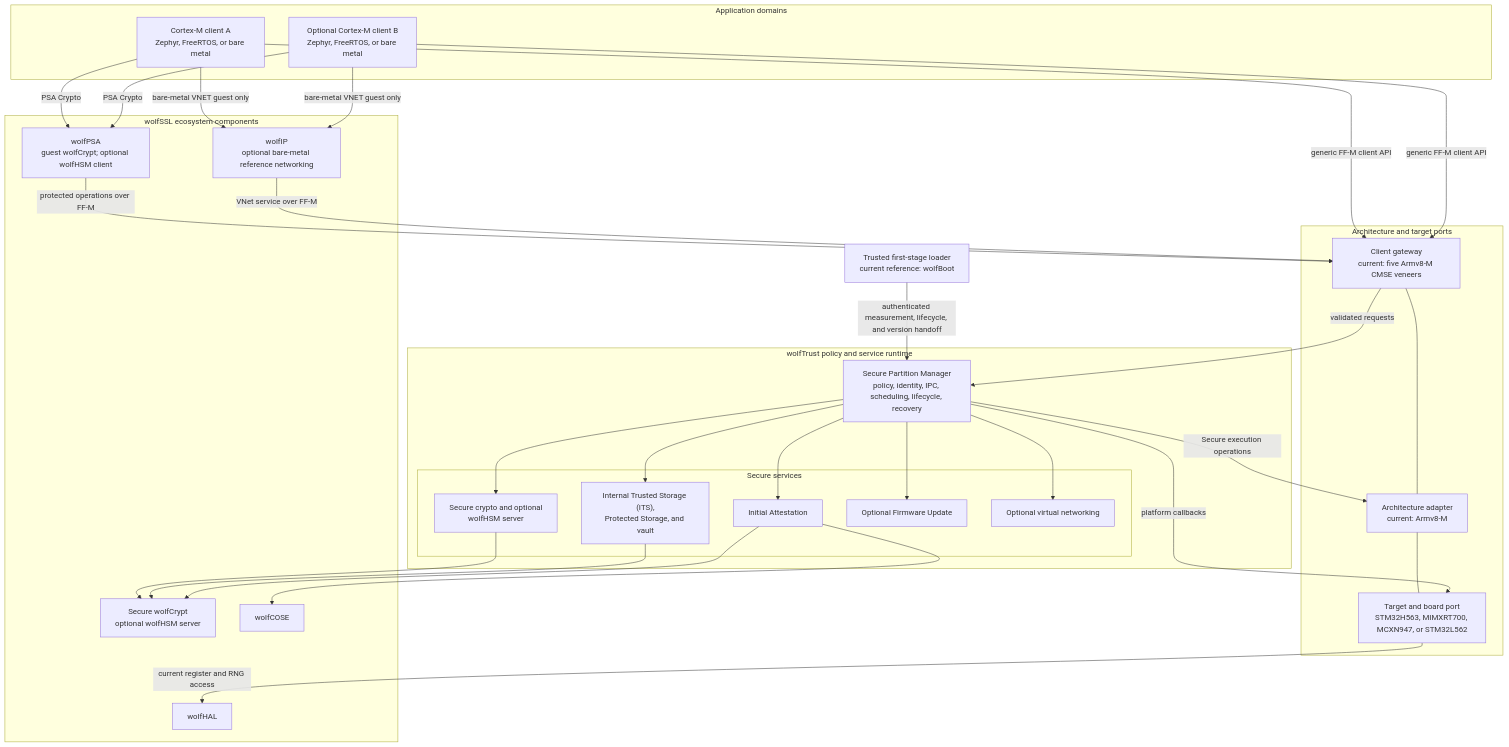
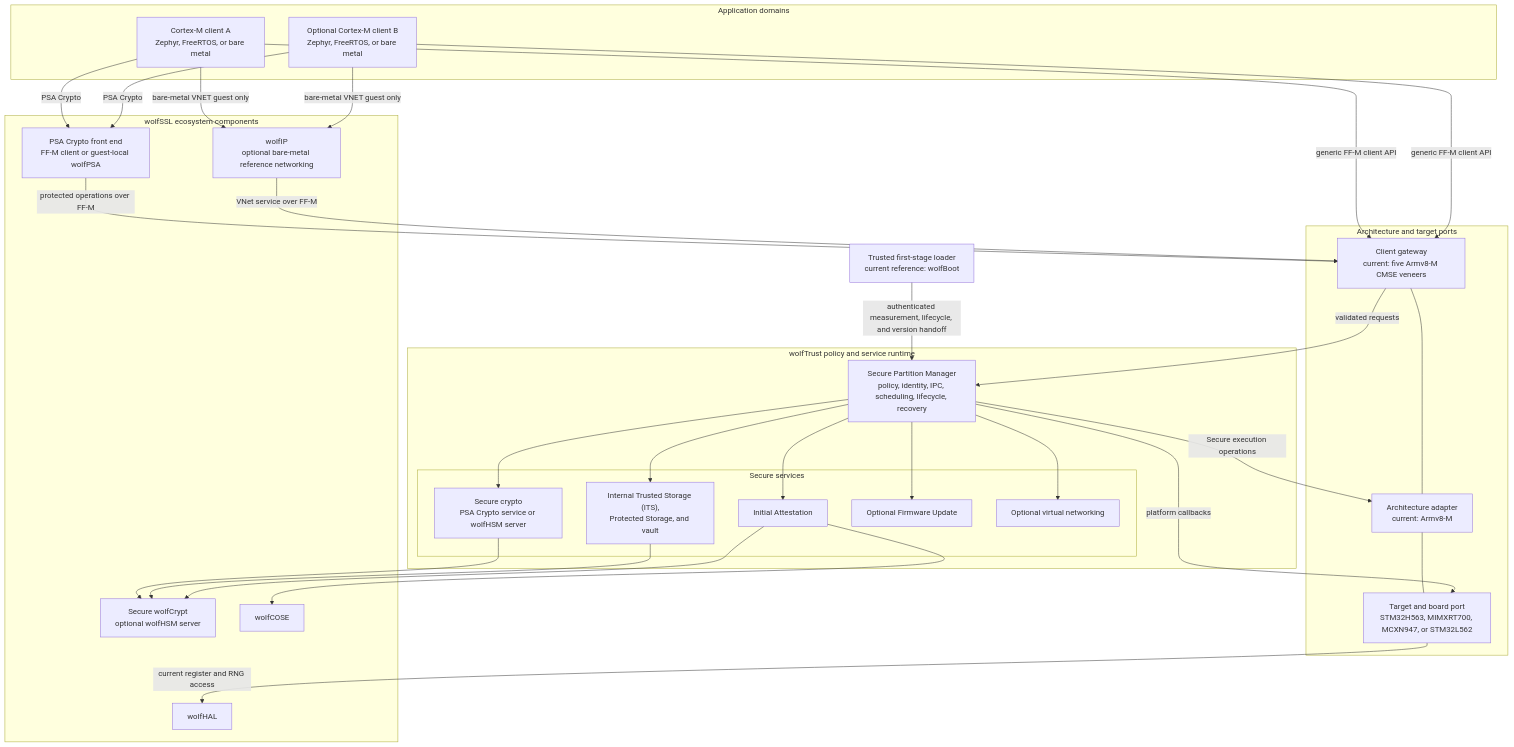
One commit to wolfSSL/wolfTrust changed the diagram in README.md. Above: the diagram before and after it, drawn with Mermaid. The commit also changed other lines of this file and 17 other files, not shown here.

Commit message:
Refresh the manual for Secure PSA Crypto

````diff
--- a/README.md
+++ b/README.md
@@ -17,59 +17,59 @@
 ```mermaid
 flowchart TB
     BOOT[Trusted first-stage loader<br/>current reference: wolfBoot]
 
     subgraph APP[Application domains]
         GA[Cortex-M client A<br/>Zephyr, FreeRTOS, or bare metal]
         GB[Optional Cortex-M client B<br/>Zephyr, FreeRTOS, or bare metal]
     end
 
     subgraph PORT[Architecture and target ports]
         GW[Client gateway<br/>current: five Armv8-M CMSE veneers]
         ARCH[Architecture adapter<br/>current: Armv8-M]
         TARGET[Target and board port<br/>STM32H563, MIMXRT700, MCXN947, or STM32L562]
         GW --- ARCH
         ARCH --- TARGET
     end
 
     subgraph WT[wolfTrust policy and service runtime]
         SPM[Secure Partition Manager<br/>policy, identity, IPC, scheduling, lifecycle, recovery]
         subgraph SP[Secure services]
-            CR["Secure crypto and optional<br/>wolfHSM server"]
+            CR["Secure crypto<br/>PSA Crypto service or wolfHSM server"]
             ST["Internal Trusted Storage (ITS),<br/>Protected Storage, and vault"]
             AT[Initial Attestation]
             FW[Optional Firmware Update]
             VN[Optional virtual networking]
         end
         SPM --> CR
         SPM --> ST
         SPM --> AT
         SPM --> FW
         SPM --> VN
     end
 
     subgraph LIBS[wolfSSL ecosystem components]
-        PSA[wolfPSA<br/>guest wolfCrypt; optional wolfHSM client]
+        PSA[PSA Crypto front end<br/>FF-M client or guest-local wolfPSA]
         WC[Secure wolfCrypt<br/>optional wolfHSM server]
         COSE[wolfCOSE]
         HAL[wolfHAL]
         IP[wolfIP<br/>optional bare-metal reference networking]
     end
 
     BOOT -->|authenticated measurement, lifecycle, and version handoff| SPM
     GA -->|generic FF-M client API| GW
     GB -->|generic FF-M client API| GW
     GA -->|PSA Crypto| PSA
     GB -->|PSA Crypto| PSA
     PSA -->|protected operations over FF-M| GW
     GA -->|bare-metal VNET guest only| IP
     GB -->|bare-metal VNET guest only| IP
     IP -->|VNet service over FF-M| GW
     GW -->|validated requests| SPM
     SPM -->|Secure execution operations| ARCH
     SPM -->|platform callbacks| TARGET
     CR --> WC
     ST --> WC
     AT --> COSE
     AT --> WC
     TARGET -->|current register and RNG access| HAL
 ```
````
